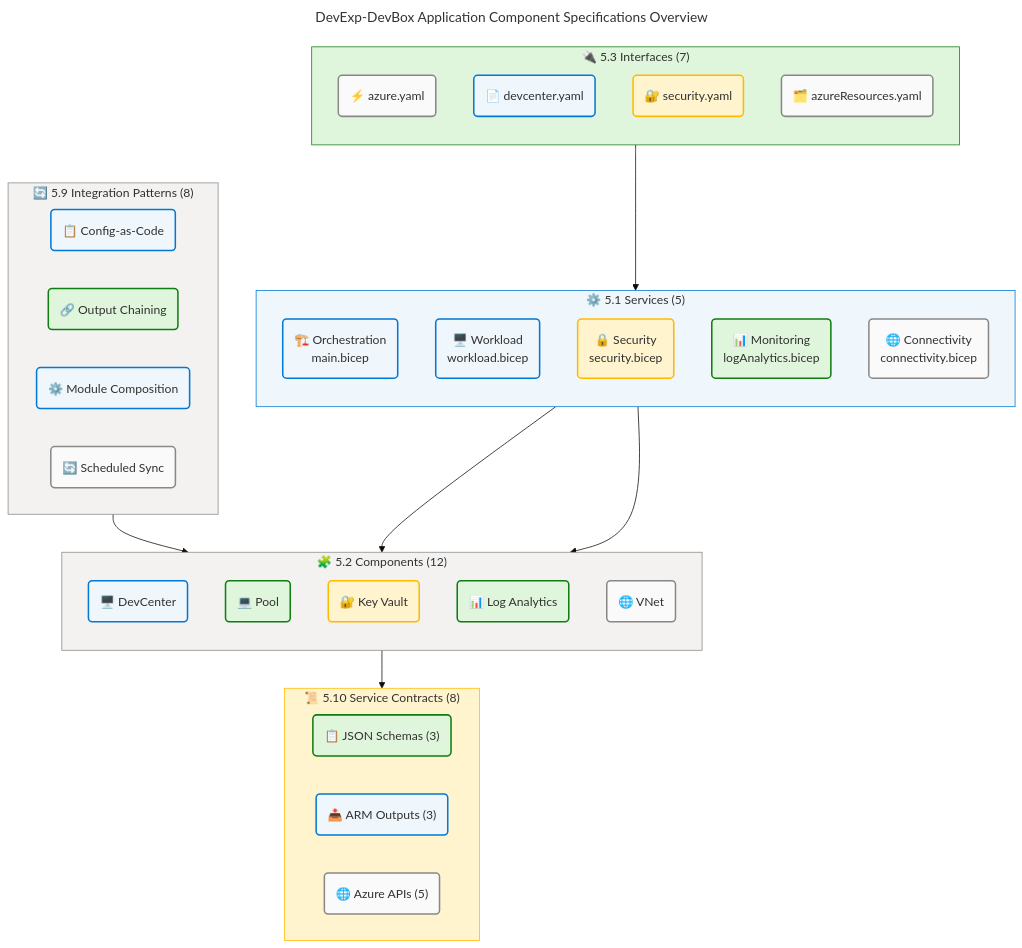
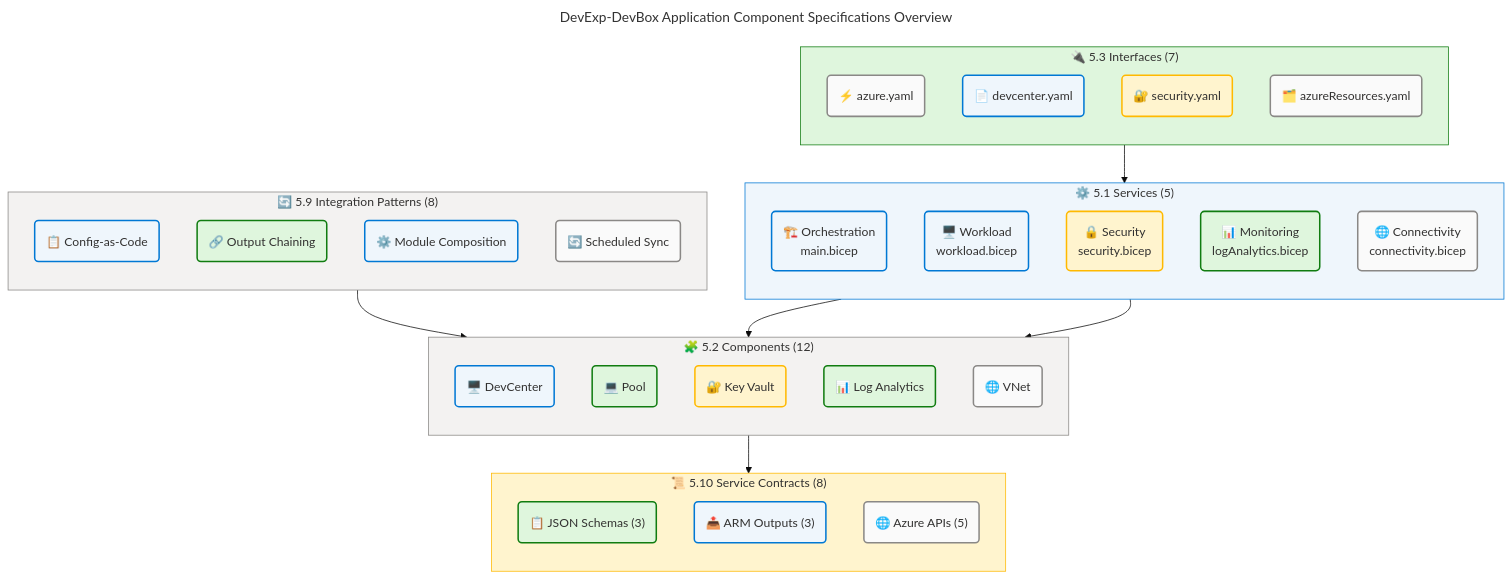
The fourth of 5 diagrams in docs/architecture/app-arch.md (Evilazaro/DevExp-DevBox), drawn with Mermaid before and after one commit.

Commit message:
Enhance flowchart layout in application architecture documentation for improved clarity

````diff
--- a/docs/architecture/app-arch.md
+++ b/docs/architecture/app-arch.md
@@ -1131,76 +1131,78 @@
 ```mermaid
 ---
 title: DevExp-DevBox Application Component Specifications Overview
 config:
   theme: base
   look: classic
   layout: dagre
   themeVariables:
     fontSize: '16px'
   flowchart:
     htmlLabels: true
 ---
 flowchart TB
     accTitle: DevExp-DevBox Application Component Specifications Overview
     accDescr: Summarizes all 11 application component type categories and their population in the DevExp-DevBox solution. AZURE/FLUENT v2.0 palette. WCAG AA compliant.
 
     %% ═══════════════════════════════════════════════════════════════════════════
     %% AZURE / FLUENT ARCHITECTURE PATTERN v2.0
     %% ═══════════════════════════════════════════════════════════════════════════
 
     subgraph services["⚙️ 5.1 Services (5)"]
         direction TB
         s1("🏗️ Orchestration<br/>main.bicep"):::core
         s2("🖥️ Workload<br/>workload.bicep"):::core
         s3("🔒 Security<br/>security.bicep"):::warning
         s4("📊 Monitoring<br/>logAnalytics.bicep"):::success
         s5("🌐 Connectivity<br/>connectivity.bicep"):::neutral
     end
 
     subgraph comps["🧩 5.2 Components (12)"]
         direction TB
         c1("🖥️ DevCenter"):::core
         c2("💻 Pool"):::success
         c3("🔐 Key Vault"):::warning
         c4("📊 Log Analytics"):::success
         c5("🌐 VNet"):::neutral
     end
 
     subgraph ifaces["🔌 5.3 Interfaces (7)"]
         direction TB
         i1("⚡ azure.yaml"):::neutral
         i2("📄 devcenter.yaml"):::core
         i3("🔐 security.yaml"):::warning
         i4("🗂️ azureResources.yaml"):::neutral
     end
 
     subgraph patterns["🔄 5.9 Integration Patterns (8)"]
+        direction TB
         p1("📋 Config-as-Code"):::core
         p2("🔗 Output Chaining"):::success
         p3("⚙️ Module Composition"):::core
         p4("🔄 Scheduled Sync"):::neutral
     end
 
     subgraph contracts["📜 5.10 Service Contracts (8)"]
+        direction TB
         sc1("📋 JSON Schemas (3)"):::success
         sc2("📤 ARM Outputs (3)"):::core
         sc3("🌐 Azure APIs (5)"):::neutral
     end
 
     s1 --> comps
     s2 --> comps
     ifaces --> services
     patterns --> comps
     comps --> contracts
 
     classDef core fill:#EFF6FC,stroke:#0078D4,stroke-width:2px,color:#323130
     classDef success fill:#DFF6DD,stroke:#107C10,stroke-width:2px,color:#323130
     classDef warning fill:#FFF4CE,stroke:#FFB900,stroke-width:2px,color:#323130
     classDef neutral fill:#FAFAFA,stroke:#8A8886,stroke-width:2px,color:#323130
 
     style services fill:#EFF6FC,stroke:#0078D4,stroke-width:1px,color:#323130
     style comps fill:#F3F2F1,stroke:#8A8886,stroke-width:1px,color:#323130
     style ifaces fill:#DFF6DD,stroke:#107C10,stroke-width:1px,color:#323130
     style patterns fill:#F3F2F1,stroke:#8A8886,stroke-width:1px,color:#323130
     style contracts fill:#FFF4CE,stroke:#FFB900,stroke-width:1px,color:#323130
 ```
````
